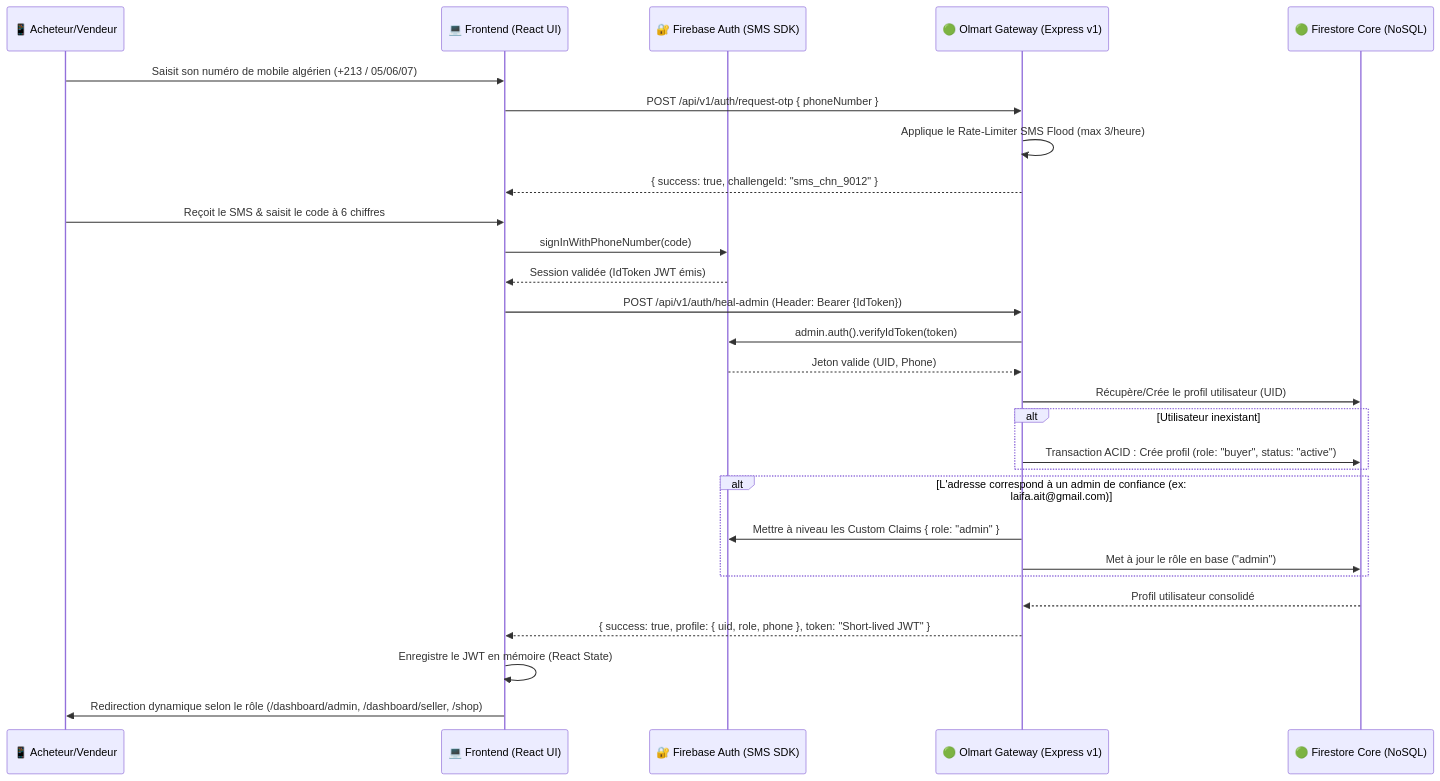
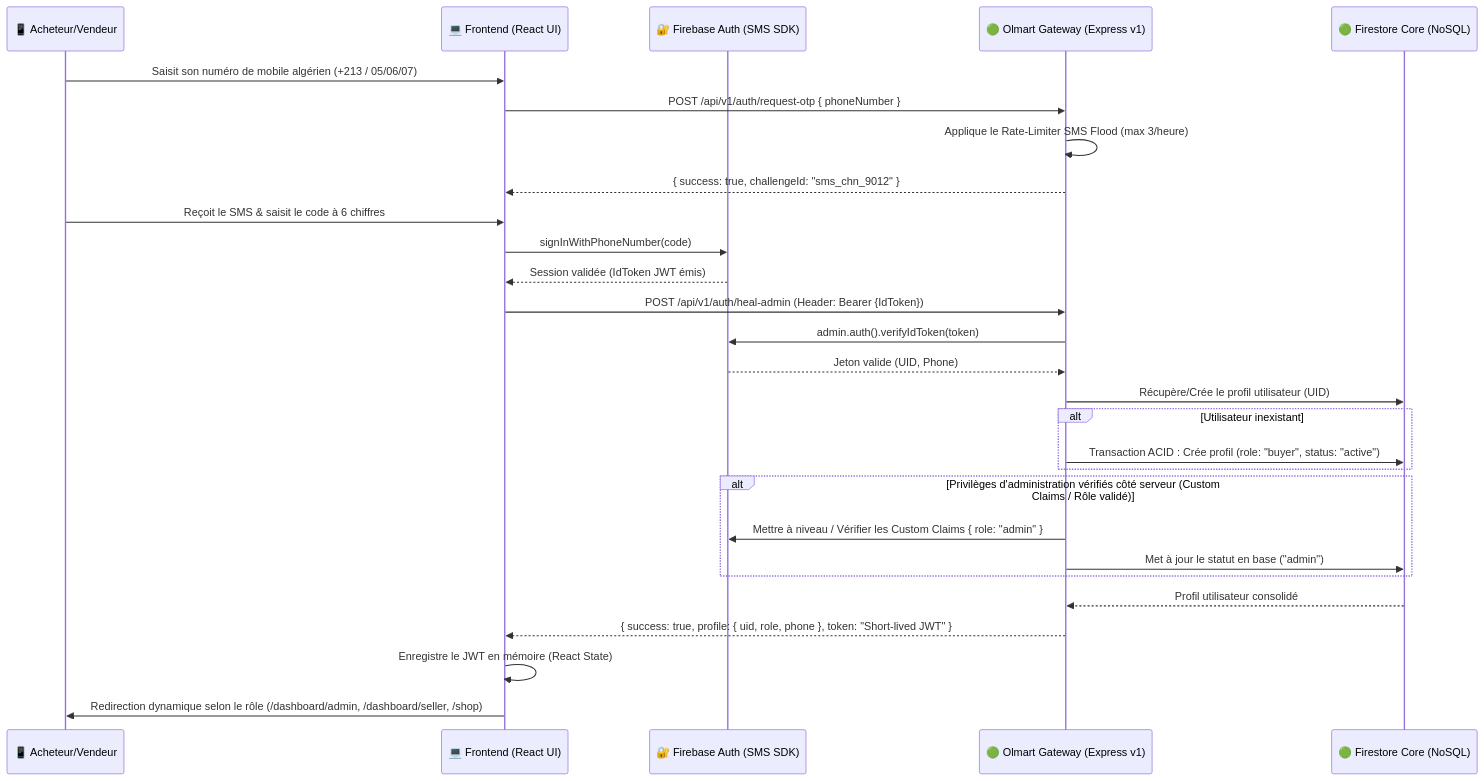
Before and after one commit to Laifa-ait/Laifa-ait: the diagram in docs/architecture/02-flux-authentification.md, drawn with Mermaid. The commit also changed 145 other files, not shown here.

````diff
--- a/docs/architecture/02-flux-authentification.md
+++ b/docs/architecture/02-flux-authentification.md
@@ -9,40 +9,40 @@
 ```mermaid
 sequenceDiagram
     participant User as 📱 Acheteur/Vendeur
     participant Front as 💻 Frontend (React UI)
     participant Auth as 🔐 Firebase Auth (SMS SDK)
     participant Gateway as 🟢 Olmart Gateway (Express v1)
     participant DB as 🟢 Firestore Core (NoSQL)
 
     %% Phase 1: Demande d'OTP
     User->>Front: Saisit son numéro de mobile algérien (+213 / 05/06/07)
     Front->>Gateway: POST /api/v1/auth/request-otp { phoneNumber }
     Gateway->>Gateway: Applique le Rate-Limiter SMS Flood (max 3/heure)
     Gateway-->>Front: { success: true, challengeId: "sms_chn_9012" }
     
     %% Phase 2: Saisie de l'OTP
     User->>Front: Reçoit le SMS & saisit le code à 6 chiffres
     Front->>Auth: signInWithPhoneNumber(code)
     Auth-->>Front: Session validée (IdToken JWT émis)
 
     %% Phase 3: Réconciliation de la Session (Heal-Session)
     Front->>Gateway: POST /api/v1/auth/heal-admin (Header: Bearer {IdToken})
     
     Gateway->>Auth: admin.auth().verifyIdToken(token)
     Auth-->>Gateway: Jeton valide (UID, Phone)
     
     Gateway->>DB: Récupère/Crée le profil utilisateur (UID)
     alt Utilisateur inexistant
         Gateway->>DB: Transaction ACID : Crée profil (role: "buyer", status: "active")
     end
     
-    alt L'adresse correspond à un admin de confiance (ex: laifa.ait@gmail.com)
-        Gateway->>Auth: Mettre à niveau les Custom Claims { role: "admin" }
-        Gateway->>DB: Met à jour le rôle en base ("admin")
+    alt Privilèges d'administration vérifiés côté serveur (Custom Claims / Rôle validé)
+        Gateway->>Auth: Mettre à niveau / Vérifier les Custom Claims { role: "admin" }
+        Gateway->>DB: Met à jour le statut en base ("admin")
     end
 
     DB-->>Gateway: Profil utilisateur consolidé
     Gateway-->>Front: { success: true, profile: { uid, role, phone }, token: "Short-lived JWT" }
     Front->>Front: Enregistre le JWT en mémoire (React State)
     Front->>User: Redirection dynamique selon le rôle (/dashboard/admin, /dashboard/seller, /shop)
 ```
````
